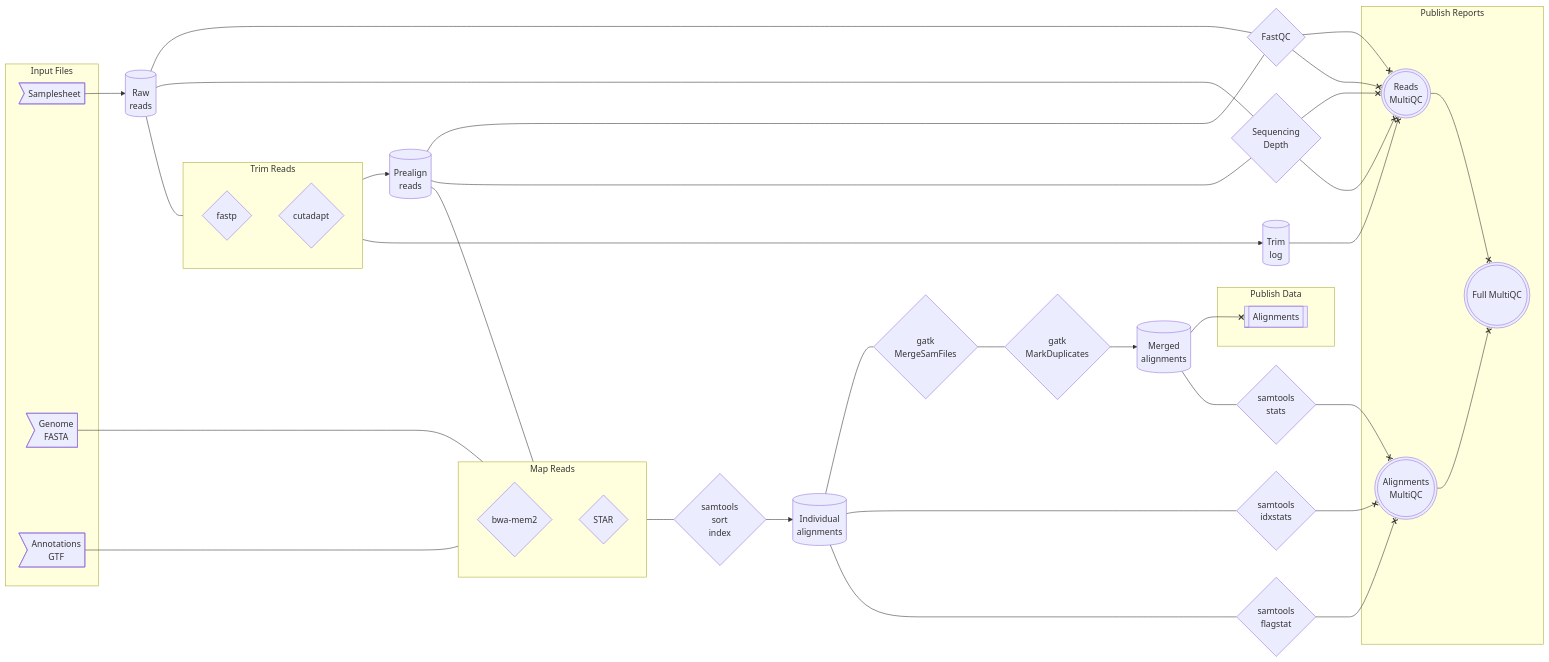
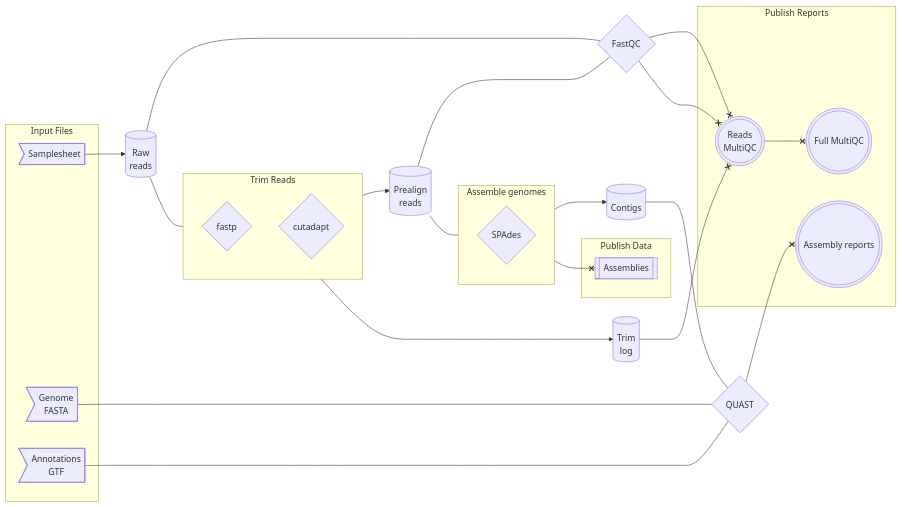
The diagram in README.md (utia-gc/assemble-isolate-genomes), drawn with Mermaid before and after one commit. The commit also changed 10 other files, not shown here.

````diff
--- a/README.md
+++ b/README.md
@@ -39,51 +39,17 @@
         Trim
         log
     ")]
-    individual_alignments[("
-        Individual
-        alignments
-    ")]
-    merged_alignments[("
-        Merged
-        alignments
+    contigs[("
+        Contigs
     ")]
 
     %% list all the Nextflow processes
     fastp{"fastp"}
     cutadapt{"cutadapt"}
     fastqc{"FastQC"}
-    seq_depth{"
-        Sequencing
-        Depth
-    "}
-    bwa_mem2{"bwa-mem2"}
-    STAR{"STAR"}
-    samtools_sort{"
-        samtools
-        sort
-        index
-    "}
-    gatk_MergeSamFiles{"
-        gatk
-        MergeSamFiles
-    "}
-    gatk_MarkDuplicates{"
-        gatk
-        MarkDuplicates
-    "}
-    samtools_idxstats{"
-        samtools
-        idxstats
-    "}
-    samtools_flagstat{"
-        samtools
-        flagstat
-    "}
-    samtools_stats{"
-        samtools
-        stats
-    "}
-
+    spades{"SPAdes"}
+    quast{"QUAST"}
+    
     %% list all subgraphs for Nextflow subworkflows/workflows with options
     subgraph inputs["Input Files"]
     samplesheet
@@ -94,17 +60,16 @@
     fastp
     cutadapt
     end
-    subgraph map_reads["Map Reads"]
-    bwa_mem2
-    STAR
+    subgraph assemble_genomes["Assemble genomes"]
+    spades
     end
     subgraph publish_reports["Publish Reports"]
     reads_mqc
-    alignments_mqc
     full_mqc
+    assembly_reports
     end
     subgraph publish_data["Publish Data"]
-    alignments
+    assemblies
     end
 
     %% list all the published reports files
@@ -112,17 +77,16 @@
         Reads
         MultiQC
     ")))
-    alignments_mqc((("
-        Alignments
-        MultiQC
-    ")))
     full_mqc((("
         Full MultiQC
     ")))
+    assembly_reports((("
+        Assembly reports
+    ")))
 
     %% list all the published data files
-    alignments[["
-        Alignments
+    assemblies[["
+        Assemblies
     "]]
 
     %% reads processing workflow
@@ -133,25 +97,16 @@
     raw_reads --- fastqc --x reads_mqc
     prealign_reads --- fastqc --x reads_mqc
     trim_reads --> trim_log --x reads_mqc
-    raw_reads --- seq_depth --x reads_mqc
-    prealign_reads --- seq_depth --x reads_mqc
 
-    %% reads mapping workflow
-    genome_fasta --- map_reads
-    annotations_gtf --- map_reads
-    prealign_reads --- map_reads
+    %% genome assembly workflow
+    prealign_reads --- assemble_genomes --> contigs
+    assemble_genomes --x assemblies
 
-    %% alignments processing workflow
-    map_reads --- samtools_sort --> individual_alignments
-    individual_alignments --- gatk_MergeSamFiles --- gatk_MarkDuplicates --> merged_alignments
-    merged_alignments --x alignments
-
-    %% alignments QC workflow
-    individual_alignments --- samtools_idxstats --x alignments_mqc
-    individual_alignments --- samtools_flagstat --x alignments_mqc
-    merged_alignments --- samtools_stats --x alignments_mqc
+    %% genome assembly QC workflow
+    genome_fasta --- quast
+    annotations_gtf --- quast
+    contigs --- quast --x assembly_reports
 
     %% Full MultiQC
     reads_mqc --x full_mqc
-    alignments_mqc --x full_mqc
 ```
````
